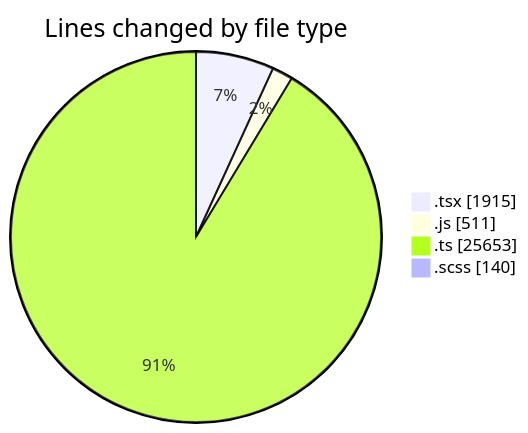
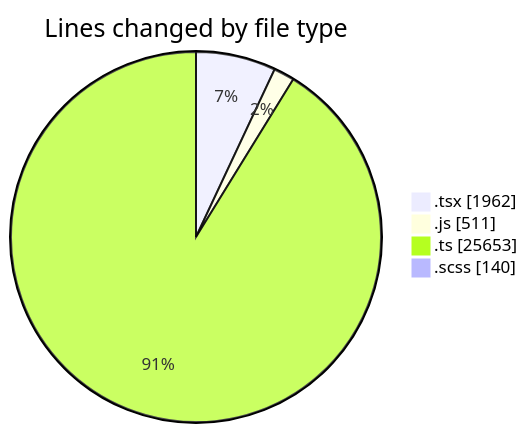
One commit to momahboobian/code-tracking changed the first of 2 diagrams in 2025-06-30/cda/README.md. Above: the diagram before and after it, drawn with Mermaid. The commit also changed other lines of this file and 1 other file, not shown here.

````diff
--- a/2025-06-30/cda/README.md
+++ b/2025-06-30/cda/README.md
@@ -39,8 +39,8 @@
 ```mermaid
 pie showData
 title Lines changed by file type
-".tsx" : 1915
+".tsx" : 1962
 ".js" : 511
 ".ts" : 25653
 ".scss" : 140
 ```
````
